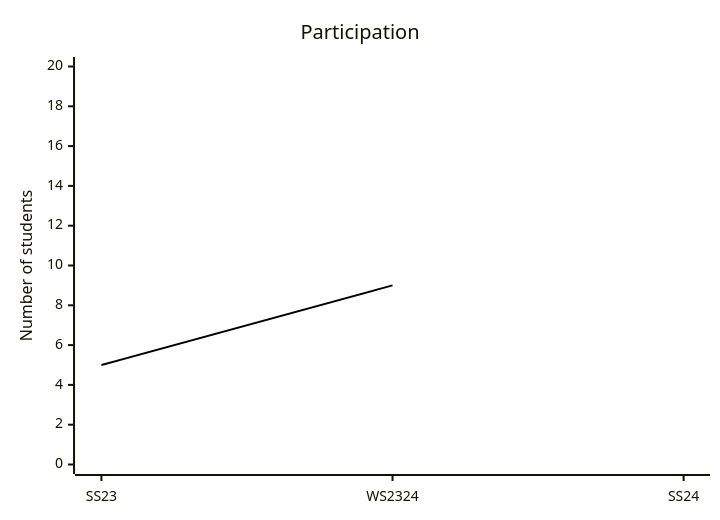
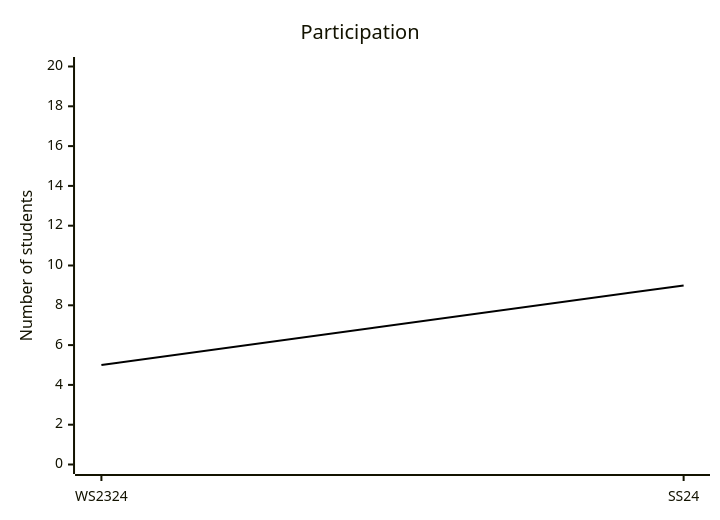
One commit to digital-work-lab/literature-review-seminar changed the second of 2 diagrams in docs/evaluations.md. Above: the diagram before and after it, drawn with Mermaid.

````diff
--- a/docs/evaluations.md
+++ b/docs/evaluations.md
@@ -34,8 +34,8 @@
 ```mermaid
 %%{init: { "themeVariables": {"xyChart": {"plotColorPalette": "#000000", "plotLineWidth": 4} } }}%%
 xychart-beta
     title "Participation"
-    x-axis [SS23, WS2324, SS24]
+    x-axis [WS2324, SS24]
     y-axis "Number of students" 0 --> 20
     line [5, 9]
 ```
````
